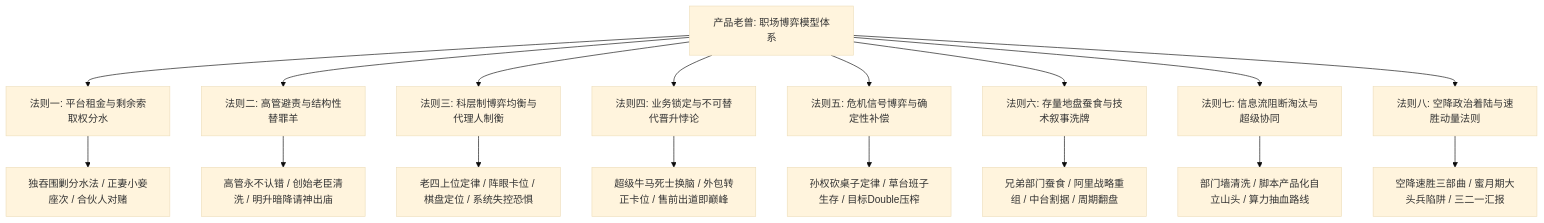
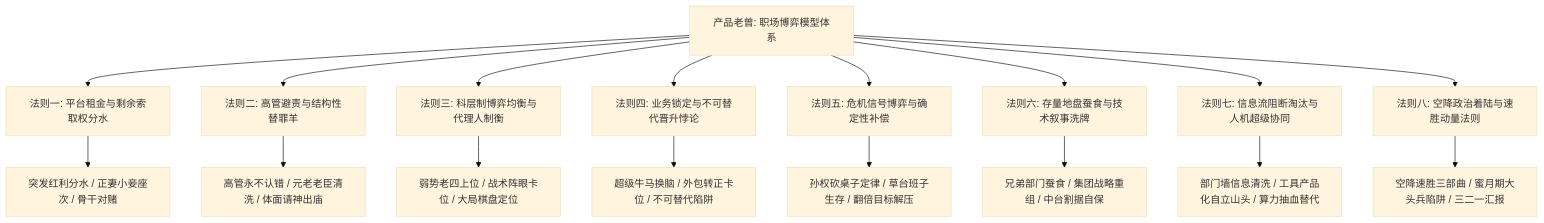
One commit to dollarser/knowledge changed the diagram in content/laozeng-workplace-codex.md. Above: the diagram before and after it, drawn with Mermaid (base theme). The commit also changed other lines of this file and 12 other files, not shown here.

Commit message:
style: support mermaid rendering, eliminate callout tags with clean icons, and remove heading underscores

````diff
--- a/content/laozeng-workplace-codex.md
+++ b/content/laozeng-workplace-codex.md
@@ -21,20 +21,20 @@
 ```mermaid
 flowchart TD
-    Codex[产品老曾: 职场博弈模型体系] --> M1[法则一: 平台租金与剩余索取权分水]
-    Codex --> M2[法则二: 高管避责与结构性替罪羊]
-    Codex --> M3[法则三: 科层制博弈均衡与代理人制衡]
-    Codex --> M4[法则四: 业务锁定与不可替代晋升悖论]
-    Codex --> M5[法则五: 危机信号博弈与确定性补偿]
-    Codex --> M6[法则六: 存量地盘蚕食与技术叙事洗牌]
-    Codex --> M7[法则七: 信息流阻断淘汰与超级协同]
-    Codex --> M8[法则八: 空降政治着陆与速胜动量法则]
+    Codex["产品老曾: 职场博弈模型体系"] --> M1["法则一: 平台租金与剩余索取权分水"]
+    Codex --> M2["法则二: 高管避责与结构性替罪羊"]
+    Codex --> M3["法则三: 科层制博弈均衡与代理人制衡"]
+    Codex --> M4["法则四: 业务锁定与不可替代晋升悖论"]
+    Codex --> M5["法则五: 危机信号博弈与确定性补偿"]
+    Codex --> M6["法则六: 存量地盘蚕食与技术叙事洗牌"]
+    Codex --> M7["法则七: 信息流阻断淘汰与人机超级协同"]
+    Codex --> M8["法则八: 空降政治着陆与速胜动量法则"]
 
-    M1 --> C1[独吞围剿分水法 / 正妻小妾座次 / 合伙人对赌]
-    M2 --> C2[高管永不认错 / 创始老臣清洗 / 明升暗降请神出庙]
-    M3 --> C3[老四上位定律 / 阵眼卡位 / 棋盘定位 / 系统失控恐惧]
-    M4 --> C4[超级牛马死士换脑 / 外包转正卡位 / 售前出道即巅峰]
-    M5 --> C5[孙权砍桌子定律 / 草台班子生存 / 目标Double压榨]
-    M6 --> C6[兄弟部门蚕食 / 阿里战略重组 / 中台割据 / 周期翻盘]
-    M7 --> C7[部门墙清洗 / 脚本产品化自立山头 / 算力抽血路线]
-    M8 --> C8[空降速胜三部曲 / 蜜月期大头兵陷阱 / 三二一汇报]
+    M1 --> C1["突发红利分水 / 正妻小妾座次 / 骨干对赌"]
+    M2 --> C2["高管永不认错 / 元老老臣清洗 / 体面请神出庙"]
+    M3 --> C3["弱势老四上位 / 战术阵眼卡位 / 大局棋盘定位"]
+    M4 --> C4["超级牛马换脑 / 外包转正卡位 / 不可替代陷阱"]
+    M5 --> C5["孙权砍桌子定律 / 草台班子生存 / 翻倍目标解压"]
+    M6 --> C6["兄弟部门蚕食 / 集团战略重组 / 中台割据自保"]
+    M7 --> C7["部门墙信息清洗 / 工具产品化自立山头 / 算力抽血替代"]
+    M8 --> C8["空降速胜三部曲 / 蜜月期大头兵陷阱 / 三二一汇报"]
 ```
````
